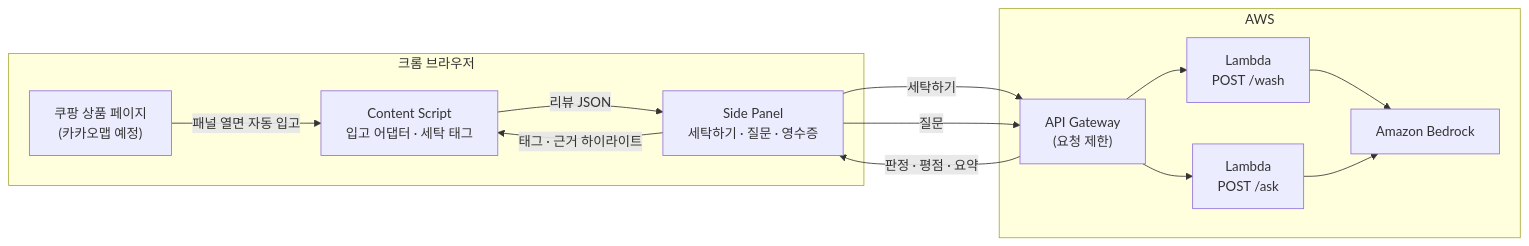
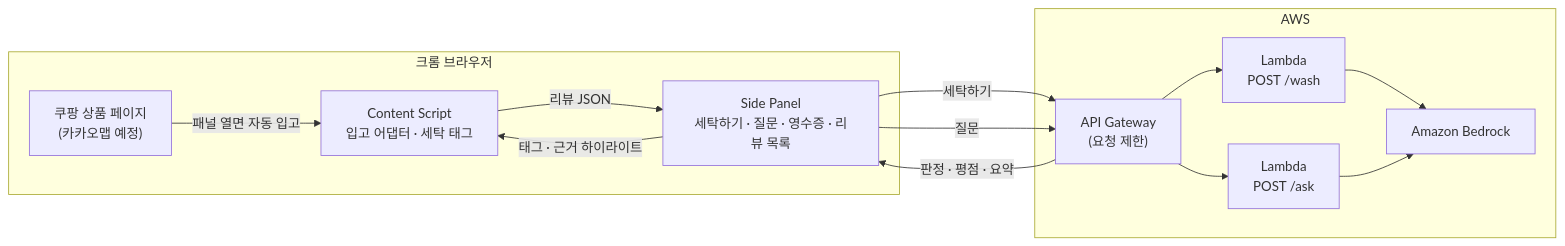
The diagram in README.md (beblack127/GyuTam), drawn with Mermaid before and after one commit. The commit also changed other lines of this file and 15 other files, not shown here.

````diff
--- a/README.md
+++ b/README.md
@@ -111,22 +116,22 @@
 ```mermaid
 flowchart LR
   subgraph Browser["크롬 브라우저"]
     P["쿠팡 상품 페이지<br/>(카카오맵 예정)"]
     CS["Content Script<br/>입고 어댑터 · 세탁 태그"]
-    SP["Side Panel<br/>세탁하기 · 질문 · 영수증"]
+    SP["Side Panel<br/>세탁하기 · 질문 · 영수증 · 리뷰 목록"]
   end
   subgraph AWS["AWS"]
     GW["API Gateway<br/>(요청 제한)"]
     W["Lambda<br/>POST /wash"]
     A["Lambda<br/>POST /ask"]
     BR["Amazon Bedrock"]
   end
   P -->|패널 열면 자동 입고| CS
   CS -->|리뷰 JSON| SP
   SP -->|세탁하기| GW
   SP -->|질문| GW
   GW --> W --> BR
   GW --> A --> BR
   GW -->|판정 · 평점 · 요약| SP
   SP -->|태그 · 근거 하이라이트| CS
 ```
````
